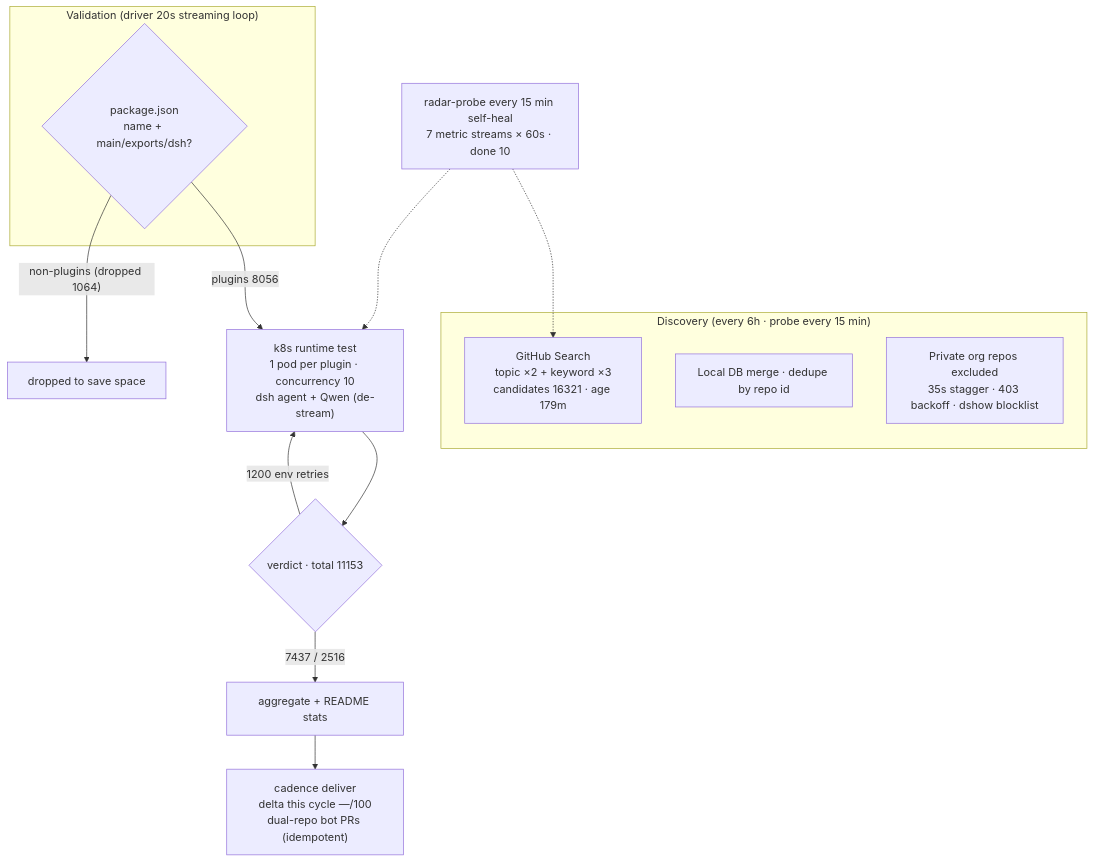
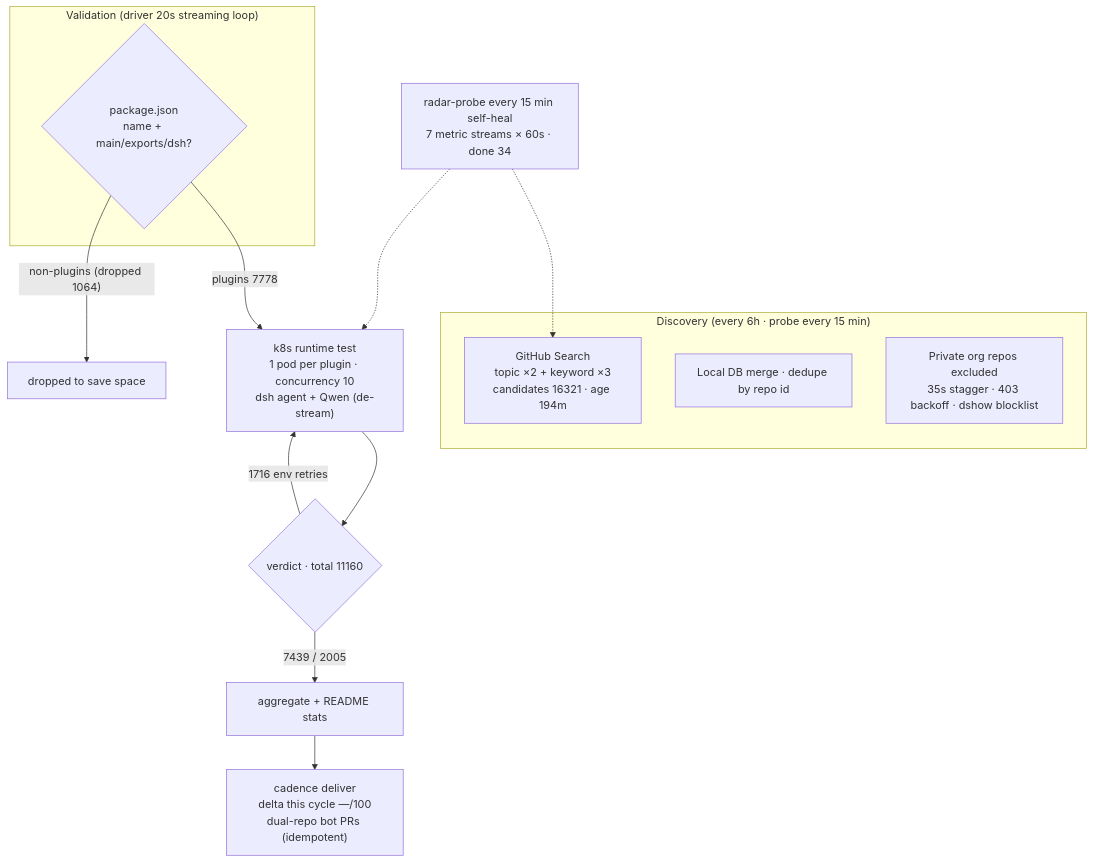
Before and after one commit to AdamPlatin123/awesome-dsh-plugins: the diagram in README.en-US.md, drawn with Mermaid. The commit also changed other lines of this file and 5 other files, not shown here.

````diff
--- a/README.en-US.md
+++ b/README.en-US.md
@@ -45,20 +45,20 @@
 ```mermaid
 flowchart TB
     subgraph Discovery["Discovery (every 6h · probe every 15 min)"]
-        A1["GitHub Search<br/>topic ×2 + keyword ×3<br/>candidates 16321 · age 179m"]
+        A1["GitHub Search<br/>topic ×2 + keyword ×3<br/>candidates 16321 · age 194m"]
         A2["Local DB merge · dedupe by repo id"]
         A3["Private org repos excluded<br/>35s stagger · 403 backoff · dshow blocklist"]
     end
     subgraph Validation["Validation (driver 20s streaming loop)"]
         B1{"package.json<br/>name + main/exports/dsh?"}
     end
-    B1 -->|"plugins 8056"| C1["k8s runtime test<br/>1 pod per plugin · concurrency 10<br/>dsh agent + Qwen (de-stream)"]
+    B1 -->|"plugins 7778"| C1["k8s runtime test<br/>1 pod per plugin · concurrency 10<br/>dsh agent + Qwen (de-stream)"]
     B1 -->|"non-plugins (dropped 1064)"| B3["dropped to save space"]
-    C1 --> D1{"verdict · total 11153"}
-    D1 -->|"7437 / 2516"| E1["aggregate + README stats"]
-    D1 -->|"1200 env retries"| C1
+    C1 --> D1{"verdict · total 11160"}
+    D1 -->|"7439 / 2005"| E1["aggregate + README stats"]
+    D1 -->|"1716 env retries"| C1
     E1 --> E2["cadence deliver<br/>delta this cycle —/100<br/>dual-repo bot PRs (idempotent)"]
-    M["radar-probe every 15 min self-heal<br/>7 metric streams × 60s · done 10"]
+    M["radar-probe every 15 min self-heal<br/>7 metric streams × 60s · done 34"]
     M -.-> A1
     M -.-> C1
 ```
````
